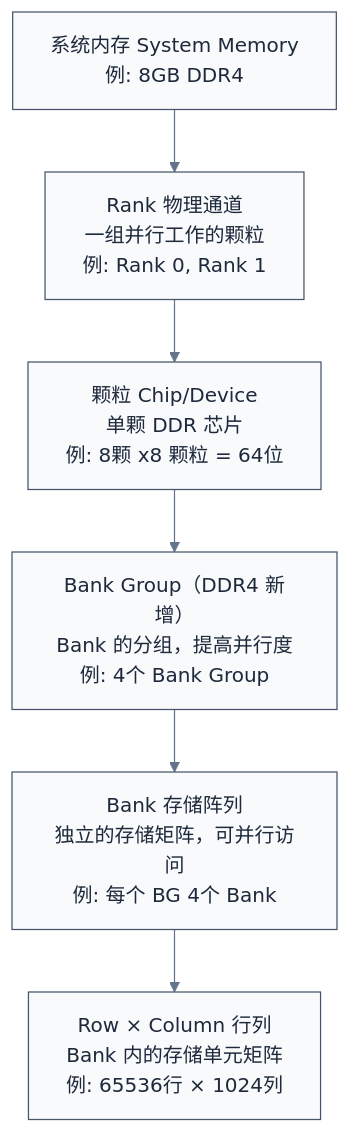
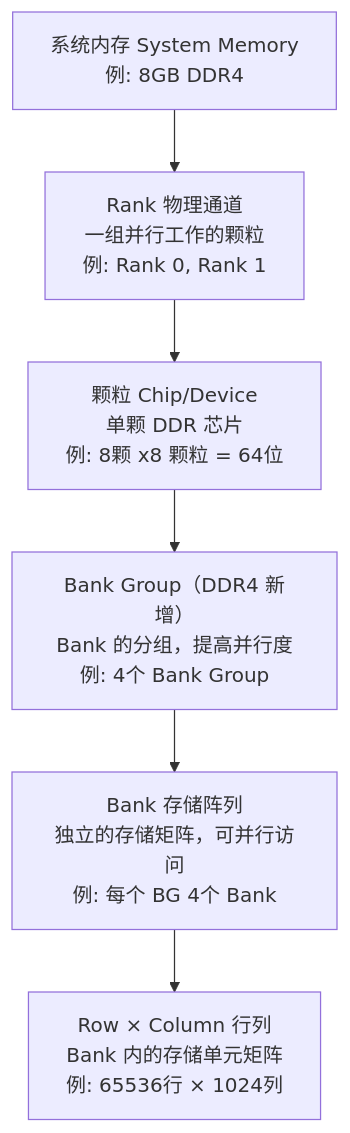
The diagram in ddr/02-DDR物理结构与硬件设计.md (swjtuer326/cs-learning-notes), drawn with Mermaid before and after one commit. The commit also changed 281 other files, not shown here.

````diff
--- a/ddr/02-DDR物理结构与硬件设计.md
+++ b/ddr/02-DDR物理结构与硬件设计.md
@@ -34,9 +34,8 @@
 ```mermaid
-%%{init: {"theme": "base", "themeVariables": {"primaryColor": "#f8fafc", "primaryTextColor": "#1e293b", "primaryBorderColor": "#475569", "lineColor": "#64748b", "secondaryColor": "#f1f5f9", "secondaryBorderColor": "#94a3b8", "tertiaryColor": "#f8fafc", "fontFamily": "\"trebuchet ms\", verdana, arial, sans-serif"}}}%%
 flowchart TD
     System["系统内存 System Memory<br/>例: 8GB DDR4"] --> Rank["Rank 物理通道<br/>一组并行工作的颗粒<br/>例: Rank 0, Rank 1"]
     Rank --> Chip["颗粒 Chip/Device<br/>单颗 DDR 芯片<br/>例: 8颗 x8 颗粒 = 64位"]
     Chip --> BG["Bank Group（DDR4 新增）<br/>Bank 的分组，提高并行度<br/>例: 4个 Bank Group"]
     BG --> Bank["Bank 存储阵列<br/>独立的存储矩阵，可并行访问<br/>例: 每个 BG 4个 Bank"]
     Bank --> Cell["Row × Column 行列<br/>Bank 内的存储单元矩阵<br/>例: 65536行 × 1024列"]
 ```
````
